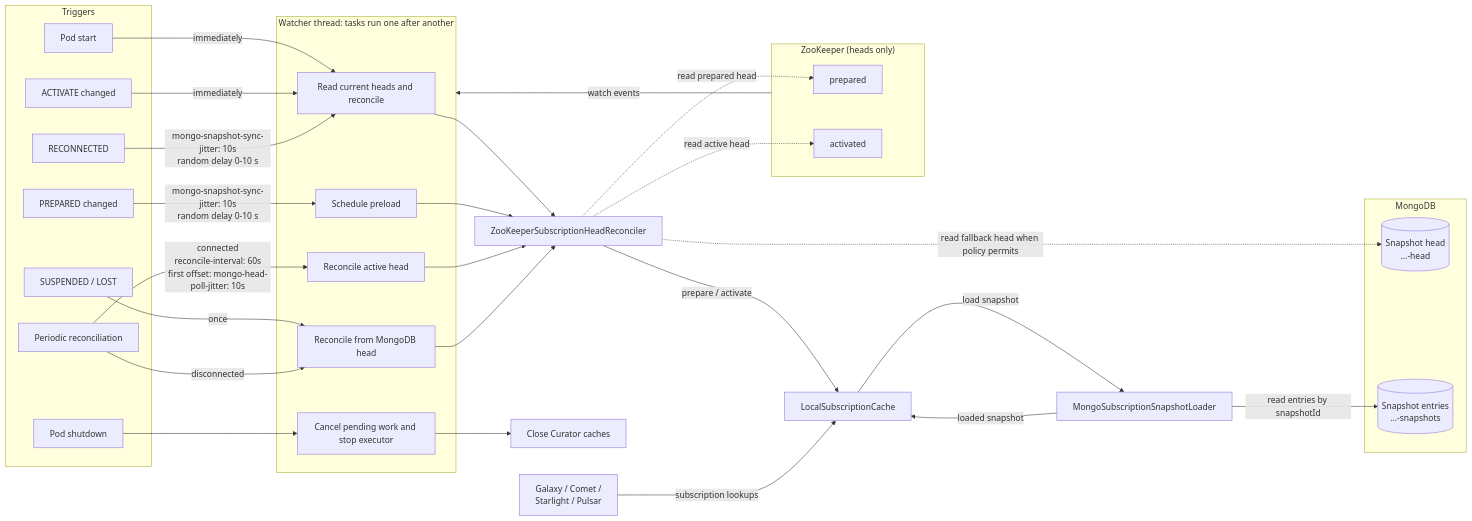
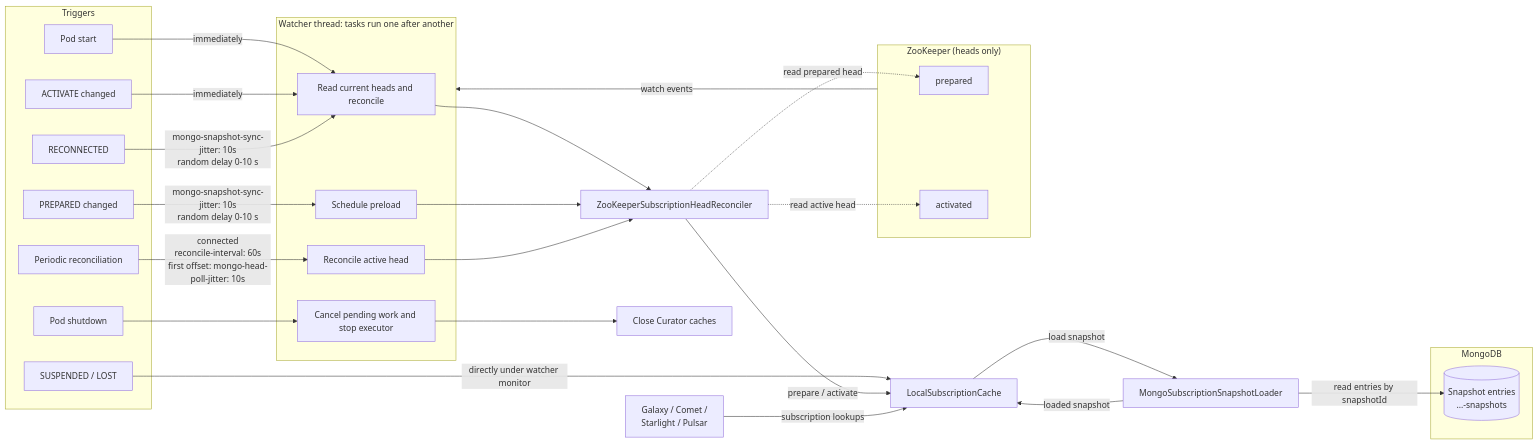
One commit to telekom/pubsub-horizon-spring-parent changed the fourth of 4 diagrams in docs/local-subscription-cache.md. Above: the diagram before and after it, drawn with Mermaid. The commit also changed other lines of this file and 15 other files, not shown here.

First line of the commit message:
refactor(cache): use ZooKeeper as sole subscription head source

````diff
--- a/docs/local-subscription-cache.md
+++ b/docs/local-subscription-cache.md
@@ -566,59 +507,54 @@
 ```mermaid
 flowchart LR
     subgraph Triggers
         S[Pod start]
         A[ACTIVATE changed]
         C[RECONNECTED]
         P[PREPARED changed]
         D[SUSPENDED / LOST]
         T[Periodic reconciliation]
         X[Pod shutdown]
     end
 
     subgraph Thread["Watcher thread: tasks run one after another"]
         FULL[Read current heads and reconcile]
         PRE[Schedule preload]
         ACTIVE[Reconcile active head]
-        FALLBACK[Reconcile from MongoDB head]
         CLOSE[Cancel pending work and stop executor]
     end
 
     subgraph ZK["ZooKeeper (heads only)"]
         ZP["prepared"]
         ZA["activated"]
     end
 
     RECONCILER[ZooKeeperSubscriptionHeadReconciler]
     LOADER[MongoSubscriptionSnapshotLoader]
     subgraph Mongo["MongoDB"]
-        MH[(Snapshot head<br/>...-head)]
         ME[(Snapshot entries<br/>...-snapshots)]
     end
     CACHE[LocalSubscriptionCache]
     SERVICES["Galaxy / Comet /<br/>Starlight / Pulsar"]
     STOP[Close Curator caches]
 
     S -->|immediately| FULL
     A -->|immediately| FULL
     C -->|mongo-snapshot-sync-jitter: 10s<br/>random delay 0-10 s| FULL
     P -->|mongo-snapshot-sync-jitter: 10s<br/>random delay 0-10 s| PRE
-    D -->|once| FALLBACK
+    D -->|directly under watcher monitor| CACHE
     T -->|connected<br/>reconcile-interval: 60s<br/>first offset: mongo-head-poll-jitter: 10s| ACTIVE
-    T -->|disconnected| FALLBACK
     X --> CLOSE --> STOP
 
     ZK -->|watch events| Thread
 
     FULL --> RECONCILER
     PRE --> RECONCILER
     ACTIVE --> RECONCILER
-    FALLBACK --> RECONCILER
     RECONCILER -.->|read prepared head| ZP
     RECONCILER -.->|read active head| ZA
-    RECONCILER -.->|read fallback head when policy permits| MH
     RECONCILER -->|prepare / activate| CACHE
     CACHE -->|load snapshot| LOADER
     LOADER -->|read entries by snapshotId| ME
     LOADER -->|loaded snapshot| CACHE
     SERVICES -->|subscription lookups| CACHE
 ```
````
